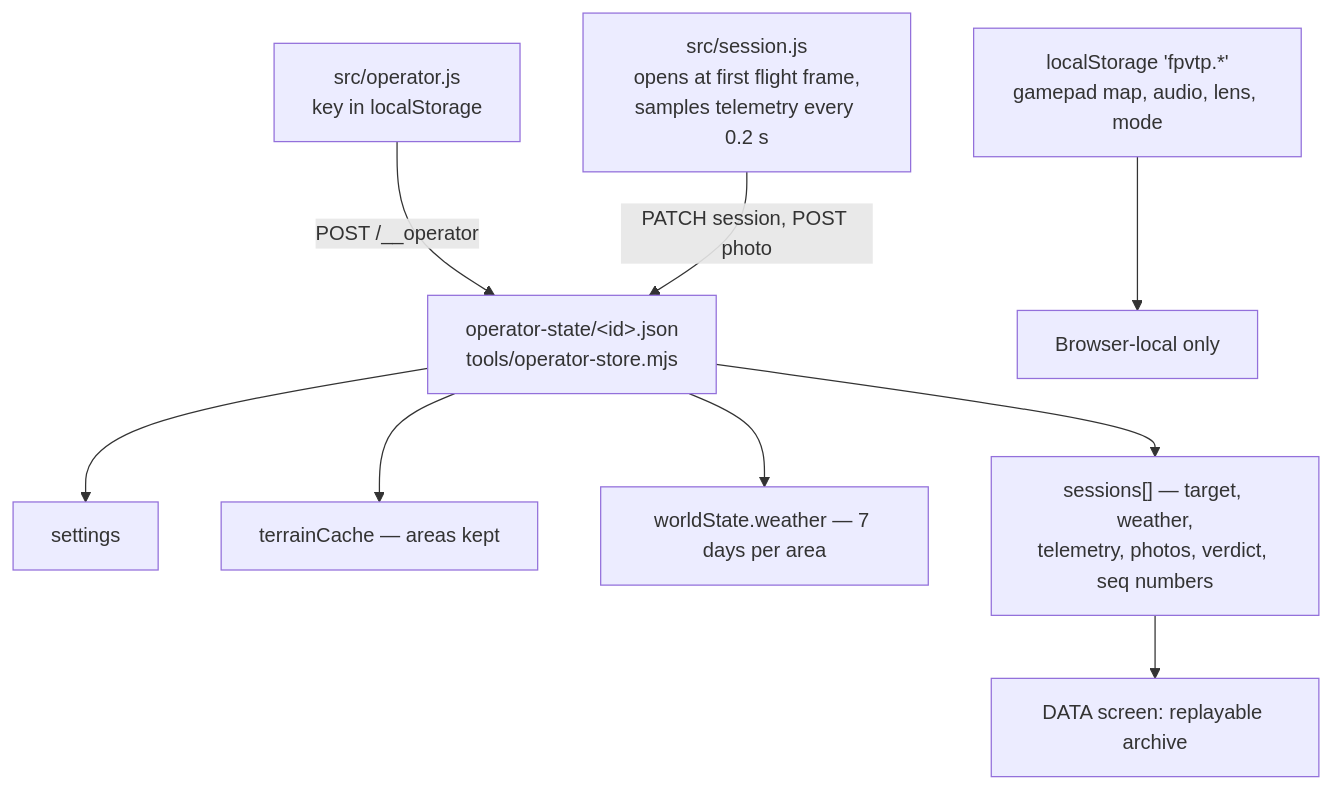
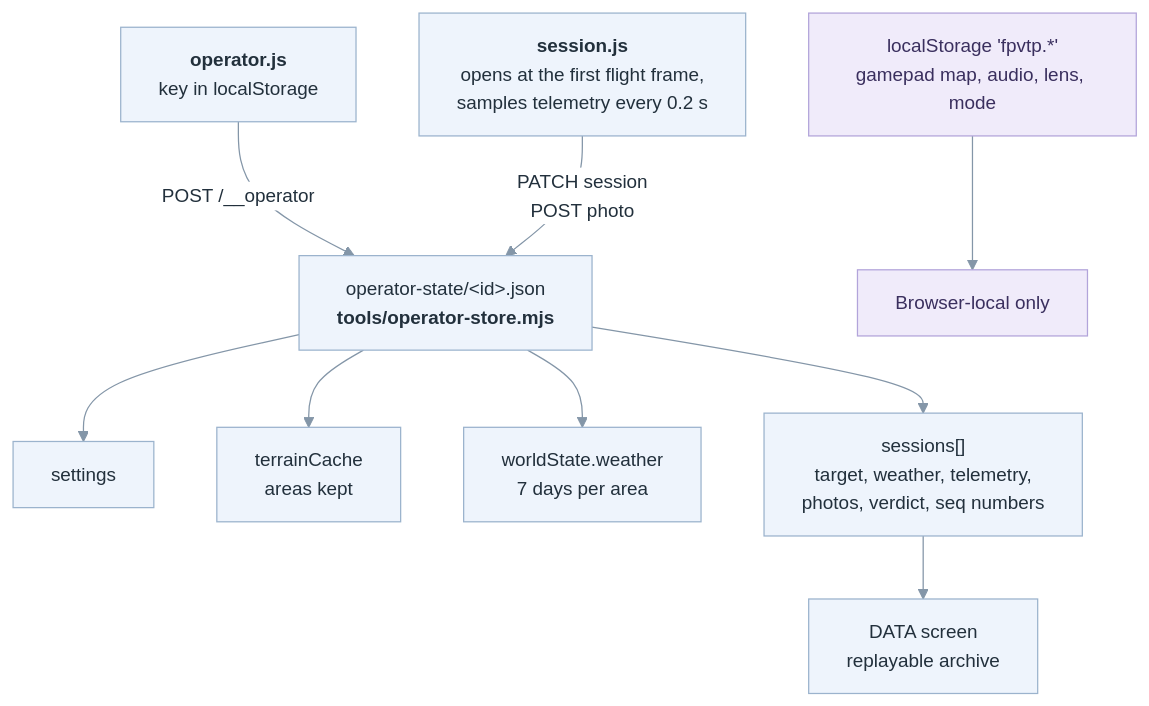
One commit to lionrayonnant/FPVThePlanet changed the fifth of 5 diagrams in sim/docs/architecture-diagrams.md. Above: the diagram before and after it, drawn with Mermaid. The commit also changed other lines of this file, not shown here.

Commit message:
Enhance architecture diagrams with HTML formatting

````diff
--- a/sim/docs/architecture-diagrams.md
+++ b/sim/docs/architecture-diagrams.md
@@ -237,12 +251,22 @@
 ```mermaid
+%%{init: {'theme':'base','themeVariables':{
+  'fontFamily':'ui-sans-serif, system-ui, -apple-system, Segoe UI, sans-serif',
+  'fontSize':'15px',
+  'primaryColor':'#EEF4FC','primaryTextColor':'#22303C','primaryBorderColor':'#9BB3CD',
+  'lineColor':'#8496A8','edgeLabelBackground':'#FFFFFF',
+  'clusterBkg':'#FBFDFF','clusterBorder':'#D6E2EE',
+  'tertiaryColor':'#FFFFFF'}}}%%
 flowchart TD
-    OPCLIENT["src/operator.js<br/>key in localStorage"] -->|"POST /__operator"| STORE
-    SESSION["src/session.js<br/>opens at first flight frame,<br/>samples telemetry every 0.2 s"] -->|"PATCH session, POST photo"| STORE
-    STORE["operator-state/&lt;id&gt;.json<br/>tools/operator-store.mjs"]
+    OPCLIENT["<b>operator.js</b><br/>key in localStorage"] -->|"POST /__operator"| STORE
+    SESSION["<b>session.js</b><br/>opens at the first flight frame,<br/>samples telemetry every 0.2 s"] -->|"PATCH session<br/>POST photo"| STORE
+    STORE["operator-state/&lt;id&gt;.json<br/><b>tools/operator-store.mjs</b>"]
     STORE --> F1["settings"]
-    STORE --> F2["terrainCache — areas kept"]
-    STORE --> F3["worldState.weather — 7 days per area"]
-    STORE --> F4["sessions[] — target, weather,<br/>telemetry, photos, verdict, seq numbers"]
-    F4 --> DATASCREEN["DATA screen: replayable archive"]
+    STORE --> F2["terrainCache<br/>areas kept"]
+    STORE --> F3["worldState.weather<br/>7 days per area"]
+    STORE --> F4["sessions[]<br/>target, weather, telemetry,<br/>photos, verdict, seq numbers"]
+    F4 --> DATASCREEN["DATA screen<br/>replayable archive"]
     LS["localStorage 'fpvtp.*'<br/>gamepad map, audio, lens, mode"] --> BROWSERONLY["Browser-local only"]
+
+    classDef io fill:#F0EBFA,stroke:#B2A4DA,color:#3A2F5E
+    class LS,BROWSERONLY io
 ```
````
